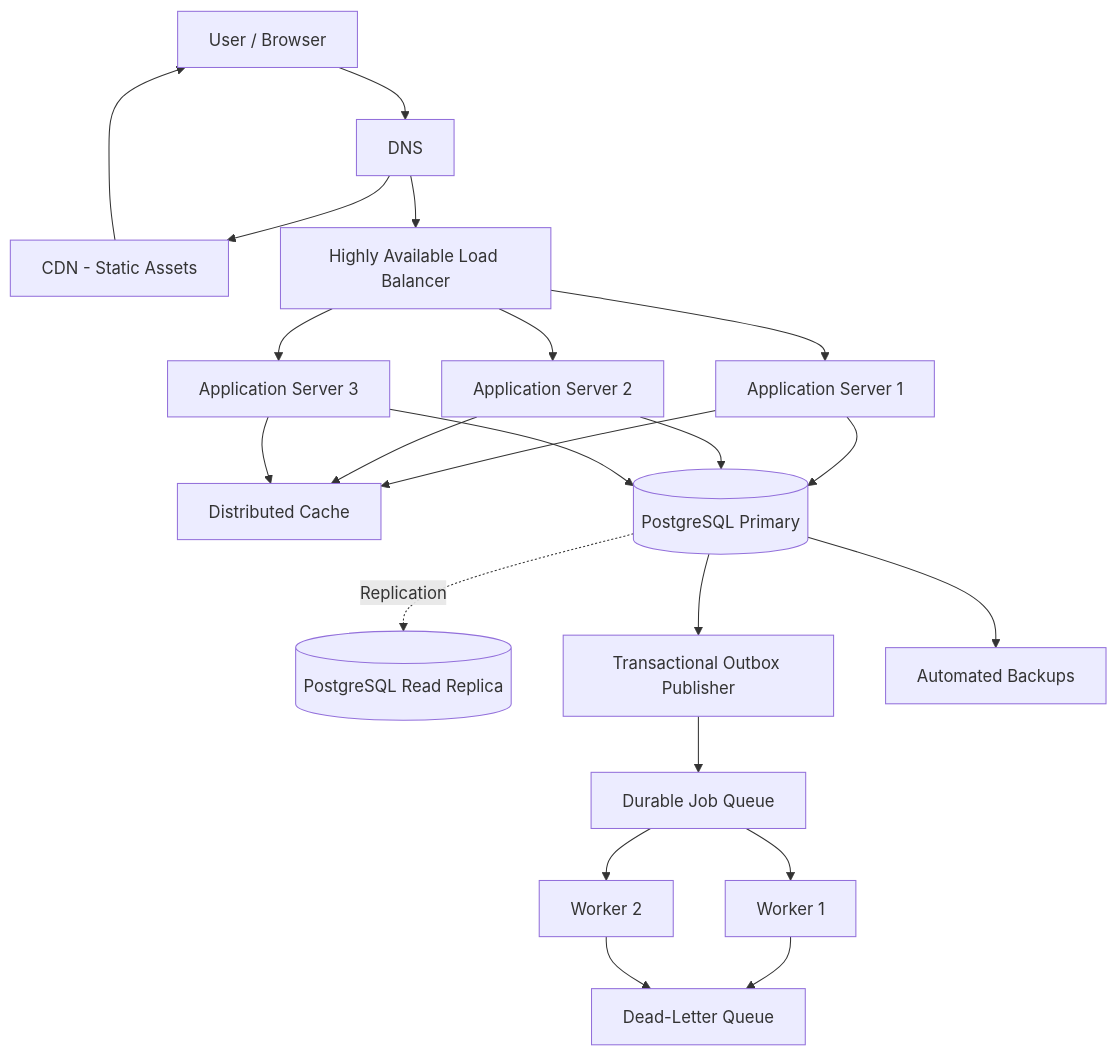
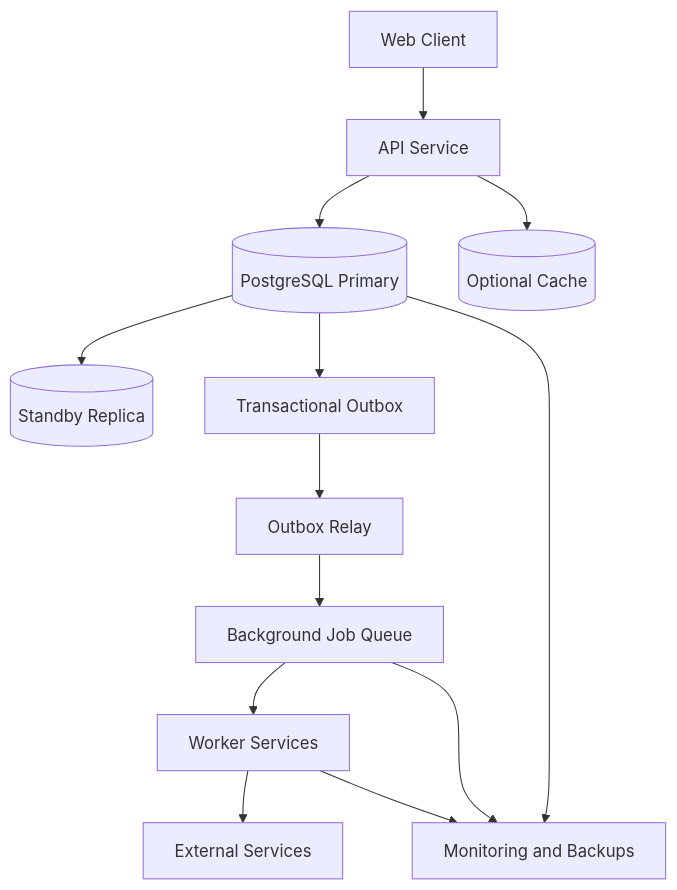
The first of 2 diagrams in project2/docs/architecture.md (Shadow-Walker360/quicknotes-system-design), drawn with Mermaid before and after one commit. The commit also changed other lines of this file, not shown here.

Commit message:
Document atomic note and outbox transaction

````diff
--- a/project2/docs/architecture.md
+++ b/project2/docs/architecture.md
@@ -97,46 +56,15 @@
 ```mermaid
 flowchart TD
-    U[User / Browser]
-    DNS[DNS]
-    CDN[CDN - Static Assets]
-    LB[Highly Available Load Balancer]
-    A1[Application Server 1]
-    A2[Application Server 2]
-    A3[Application Server 3]
-    CACHE[Distributed Cache]
-    PRIMARY[(PostgreSQL Primary)]
-    REPLICA[(PostgreSQL Read Replica)]
-    OUTBOX[Transactional Outbox Publisher]
-    QUEUE[Durable Job Queue]
-    W1[Worker 1]
-    W2[Worker 2]
-    DLQ[Dead-Letter Queue]
-    BACKUP[Automated Backups]
-
-    U --> DNS
-    DNS --> CDN
-    DNS --> LB
-    CDN --> U
-    LB --> A1
-    LB --> A2
-    LB --> A3
-
-    A1 --> CACHE
-    A2 --> CACHE
-    A3 --> CACHE
-
-    A1 --> PRIMARY
-    A2 --> PRIMARY
-    A3 --> PRIMARY
-
-    PRIMARY -. Replication .-> REPLICA
-    PRIMARY --> OUTBOX
-    OUTBOX --> QUEUE
-
-    QUEUE --> W1
-    QUEUE --> W2
-    W1 --> DLQ
-    W2 --> DLQ
-
-    PRIMARY --> BACKUP
+    U[Web Client] --> API[API Service]
+    API --> DB[(PostgreSQL Primary)]
+    DB --> STANDBY[(Standby Replica)]
+    DB --> OUTBOX[Transactional Outbox]
+    OUTBOX --> RELAY[Outbox Relay]
+    RELAY --> Q[Background Job Queue]
+    Q --> W[Worker Services]
+    W --> EXT[External Services]
+    API --> CACHE[(Optional Cache)]
+    DB --> OBS[Monitoring and Backups]
+    Q --> OBS
+    W --> OBS
 ```
````
